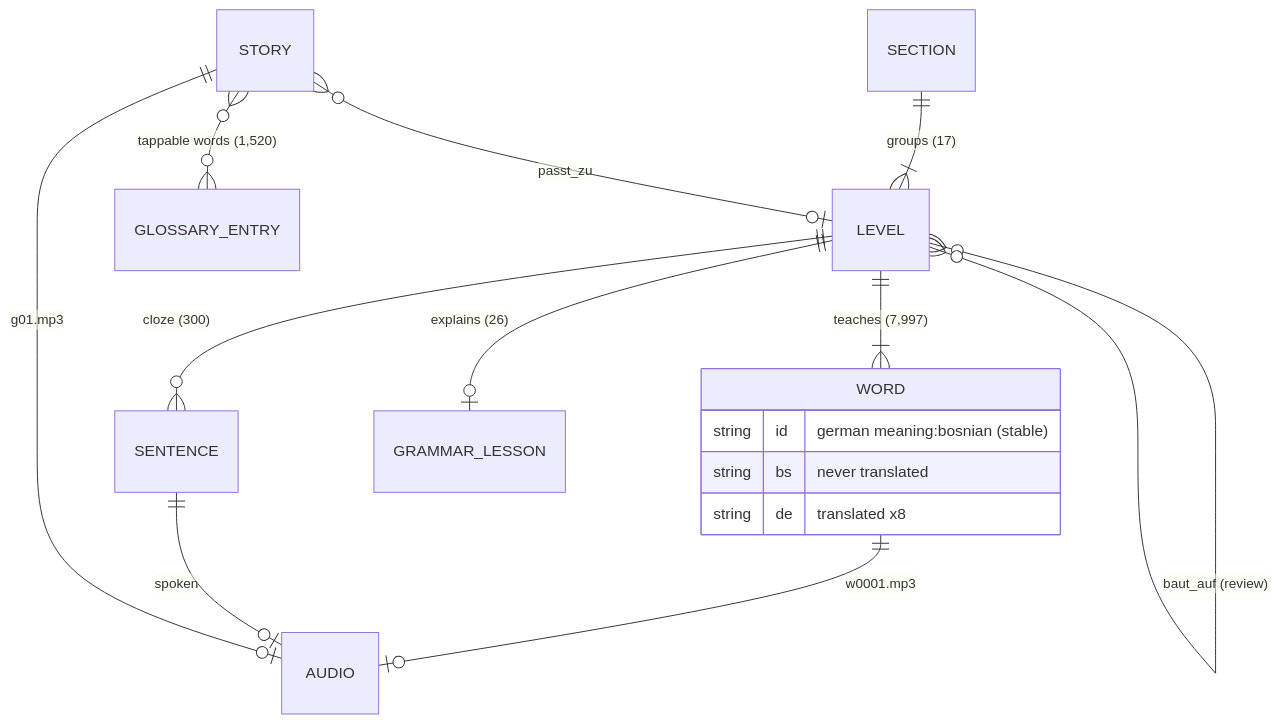
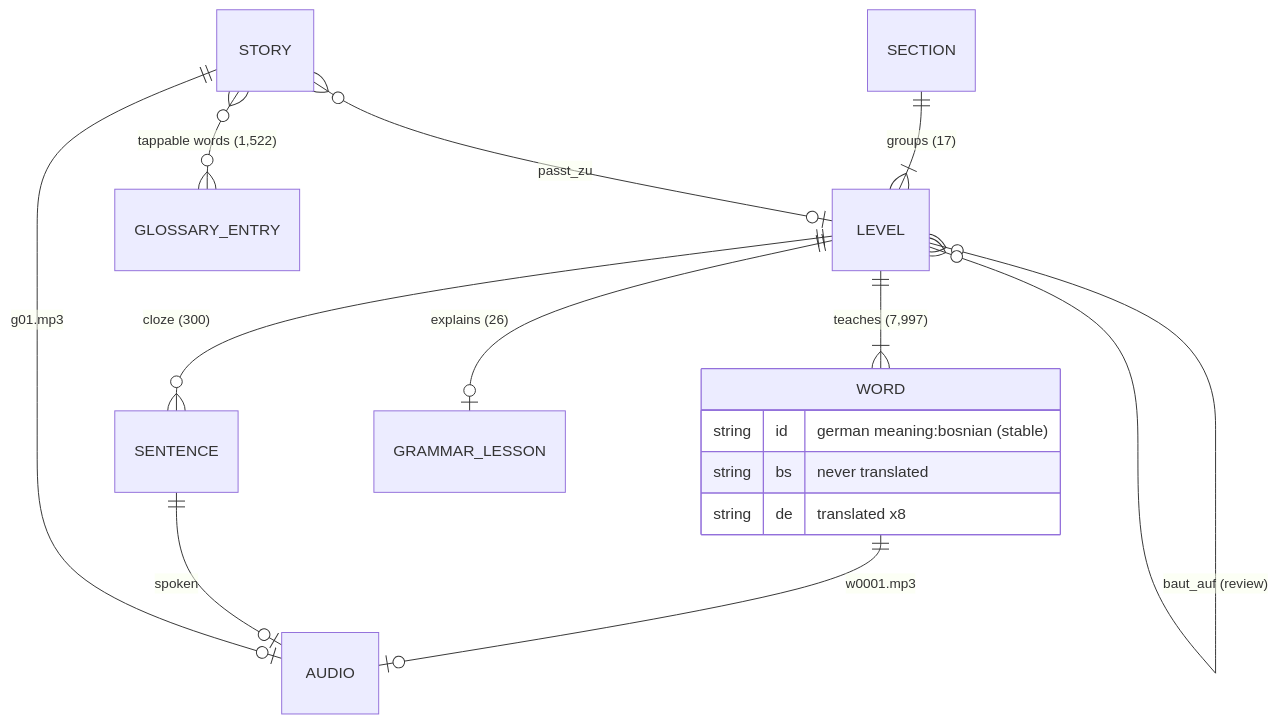
The second of 3 diagrams in docs/ARCHITECTURE.md (zmaj-lernapp/zmaj), drawn with Mermaid before and after one commit. The commit also changed 19 other files, not shown here.

````diff
--- a/docs/ARCHITECTURE.md
+++ b/docs/ARCHITECTURE.md
@@ -54,18 +54,18 @@
 ```mermaid
 erDiagram
   SECTION ||--|{ LEVEL : "groups (17)"
   LEVEL ||--|{ WORD : "teaches (7,997)"
   LEVEL ||--o{ SENTENCE : "cloze (300)"
   LEVEL ||--o| GRAMMAR_LESSON : "explains (26)"
   LEVEL }o--o{ LEVEL : "baut_auf (review)"
   STORY }o--o| LEVEL : "passt_zu"
-  STORY }o--o{ GLOSSARY_ENTRY : "tappable words (1,520)"
+  STORY }o--o{ GLOSSARY_ENTRY : "tappable words (1,522)"
   WORD ||--o| AUDIO : "w0001.mp3"
   SENTENCE ||--o| AUDIO : "spoken"
   STORY ||--o| AUDIO : "g01.mp3"
   WORD {
     string id "german meaning:bosnian (stable)"
     string bs "never translated"
     string de "translated x8"
   }
 ```
````
